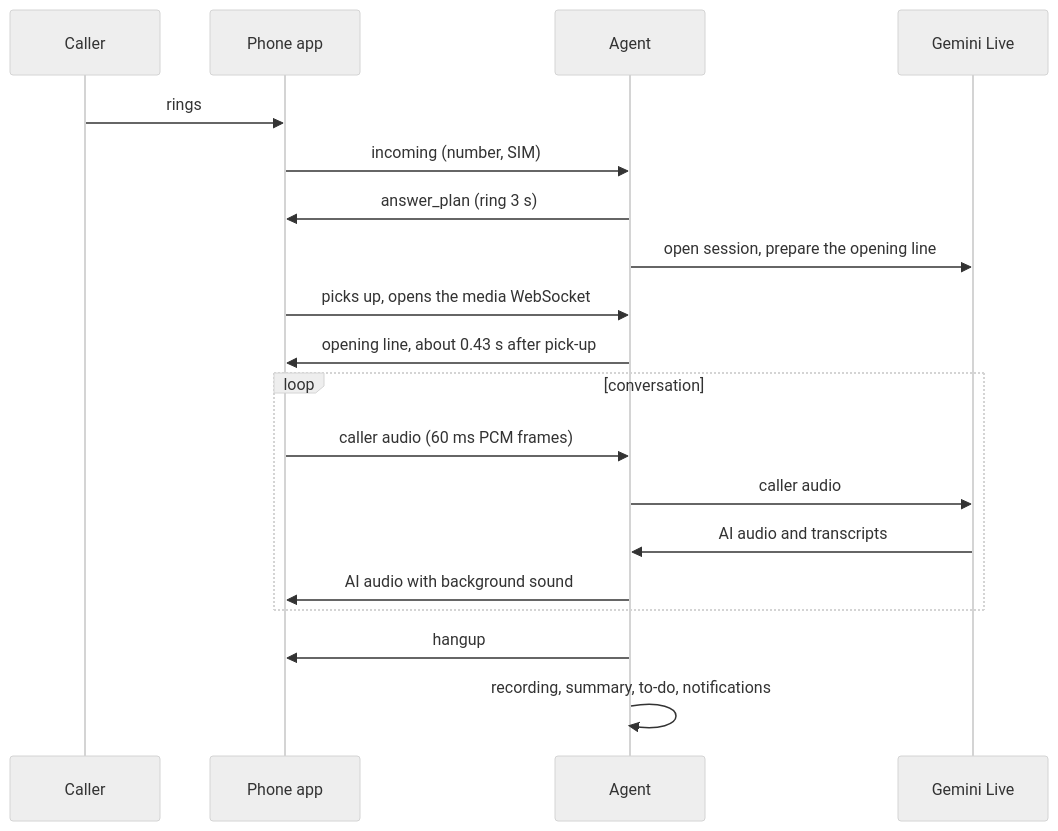
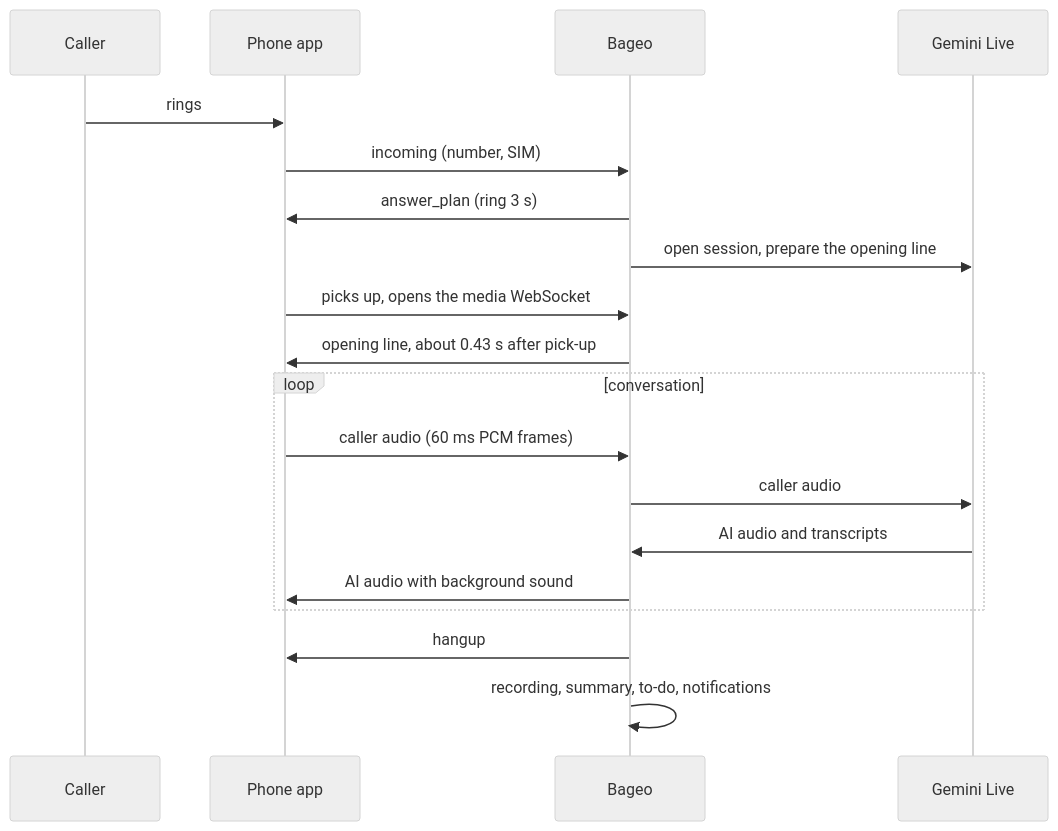
Before and after one commit to h4lo-void/bageo-call: the second of 2 diagrams in docs/en/ARCHITECTURE.md, drawn with Mermaid (neutral theme). The commit also changed other lines of this file and 35 other files, not shown here.

````diff
--- a/docs/en/ARCHITECTURE.md
+++ b/docs/en/ARCHITECTURE.md
@@ -78,21 +78,21 @@
 ```mermaid
 sequenceDiagram
     participant C as Caller
     participant P as Phone app
-    participant A as Agent
+    participant A as Bageo
     participant G as Gemini Live
     C->>P: rings
     P->>A: incoming (number, SIM)
     A->>P: answer_plan (ring 3 s)
     A->>G: open session, prepare the opening line
     P->>A: picks up, opens the media WebSocket
     A->>P: opening line, about 0.43 s after pick-up
     loop conversation
         P->>A: caller audio (60 ms PCM frames)
         A->>G: caller audio
         G->>A: AI audio and transcripts
         A->>P: AI audio with background sound
     end
     A->>P: hangup
     A->>A: recording, summary, to-do, notifications
 ```
````
